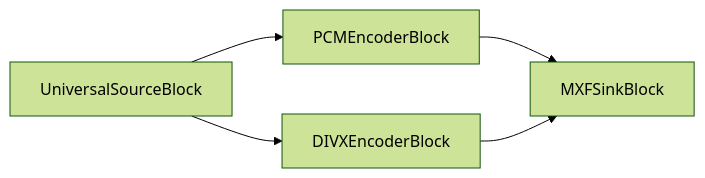
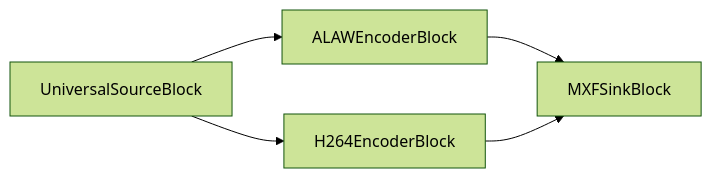
The ninth of 30 diagrams in dotnet/mediablocks/Sinks/index.es.md (visioforge/help), drawn with Mermaid (forest theme) before and after one commit. The commit also changed other lines of this file and 222 other files, not shown here.

````diff
--- a/dotnet/mediablocks/Sinks/index.es.md
+++ b/dotnet/mediablocks/Sinks/index.es.md
@@ -626,7 +626,7 @@
 ```mermaid
 graph LR;
-    UniversalSourceBlock-->PCMEncoderBlock;
-    UniversalSourceBlock-->DIVXEncoderBlock;
-    PCMEncoderBlock-->MXFSinkBlock;
-    DIVXEncoderBlock-->MXFSinkBlock;
+    UniversalSourceBlock-->ALAWEncoderBlock;
+    UniversalSourceBlock-->H264EncoderBlock;
+    ALAWEncoderBlock-->MXFSinkBlock;
+    H264EncoderBlock-->MXFSinkBlock;
 ```
````
